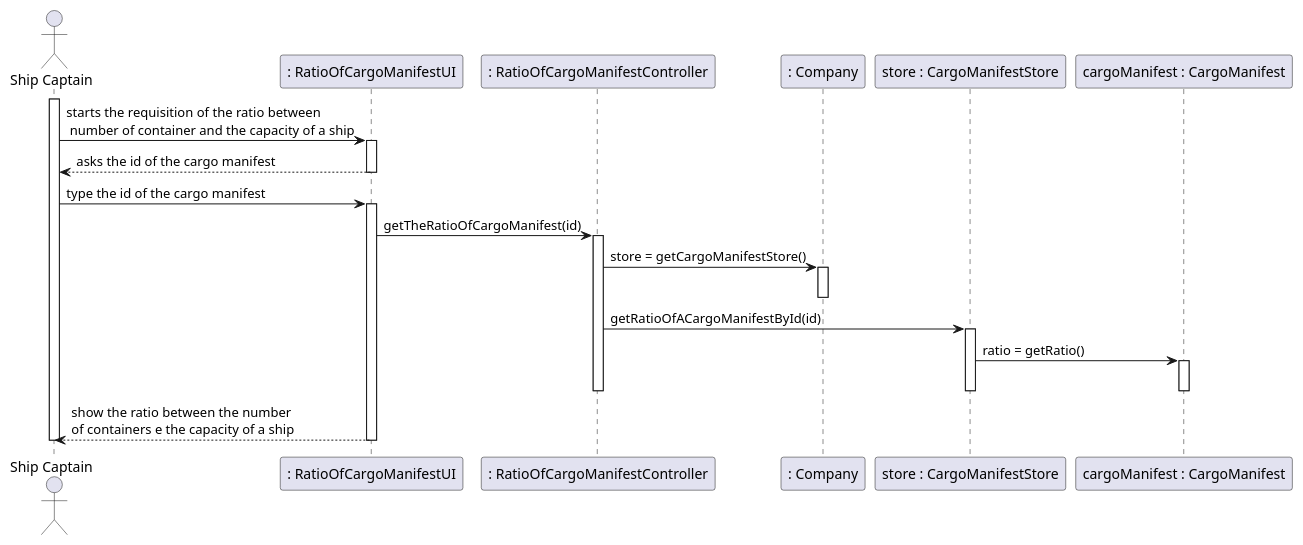
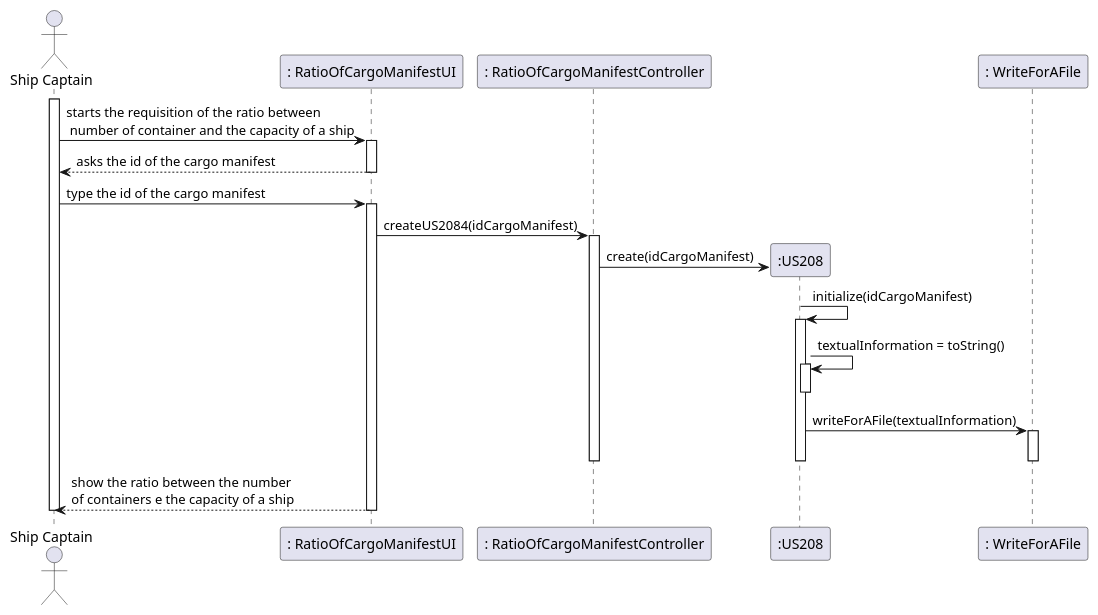
The diagram in docs/US208/SD_US208.puml (0franciscor/lapr3-2021-g042), drawn with PlantUML before and after one commit. The commit also changed 16 other files, not shown here.

```diff
--- a/docs/US208/SD_US208.puml
+++ b/docs/US208/SD_US208.puml
@@ -1,36 +1,39 @@
 @startuml
 'https://plantuml.com/sequence-diagram
 
 actor "Ship Captain" as SC
 participant ": RatioOfCargoManifestUI" as UI
 participant ": RatioOfCargoManifestController" as CT
-participant ": Company" as CP
-participant "store : CargoManifestStore" as ST
-participant "cargoManifest : CargoManifest" as CM
+participant ":US208" as US
+participant ": WriteForAFile" as WF
 
 
 activate SC
 SC->UI : starts the requisition of the ratio between\n number of container and the capacity of a ship
 activate UI
 UI --> SC : asks the id of the cargo manifest
 deactivate UI
 SC -> UI : type the id of the cargo manifest
 activate UI
-UI->CT : getTheRatioOfCargoManifest(id)
+UI->CT : createUS2084(idCargoManifest)
 activate CT
-CT-> CP : store = getCargoManifestStore()
-activate CP
-deactivate CP
-CT -> ST : getRatioOfACargoManifestById(id)
-activate ST
-ST -> CM : ratio = getRatio()
-activate CM
-deactivate CM
-deactivate ST
+CT -> US** : create(idCargoManifest)
+US -> US : initialize(idCargoManifest)
+activate US
+US -> US : textualInformation = toString()
+activate US
+deactivate US
+US -> WF : writeForAFile(textualInformation)
+
+activate WF
+deactivate WF
+deactivate US
+deactivate CT
+
 
 deactivate CT
 UI-->SC : show the ratio between the number \nof containers e the capacity of a ship
 deactivate UI
 deactivate SC
 
 @enduml
```
